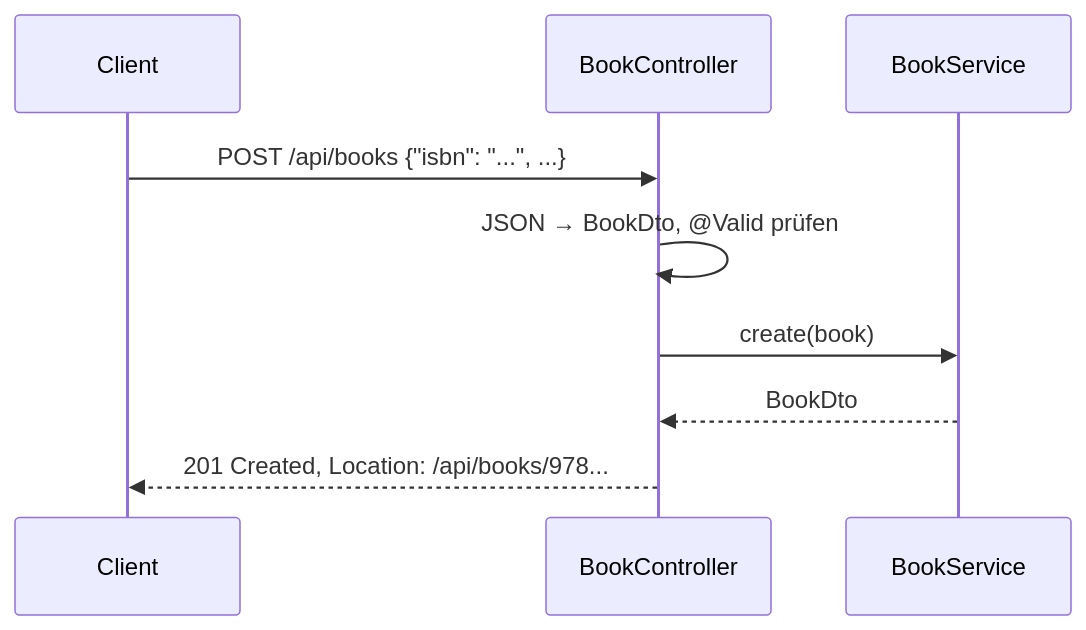
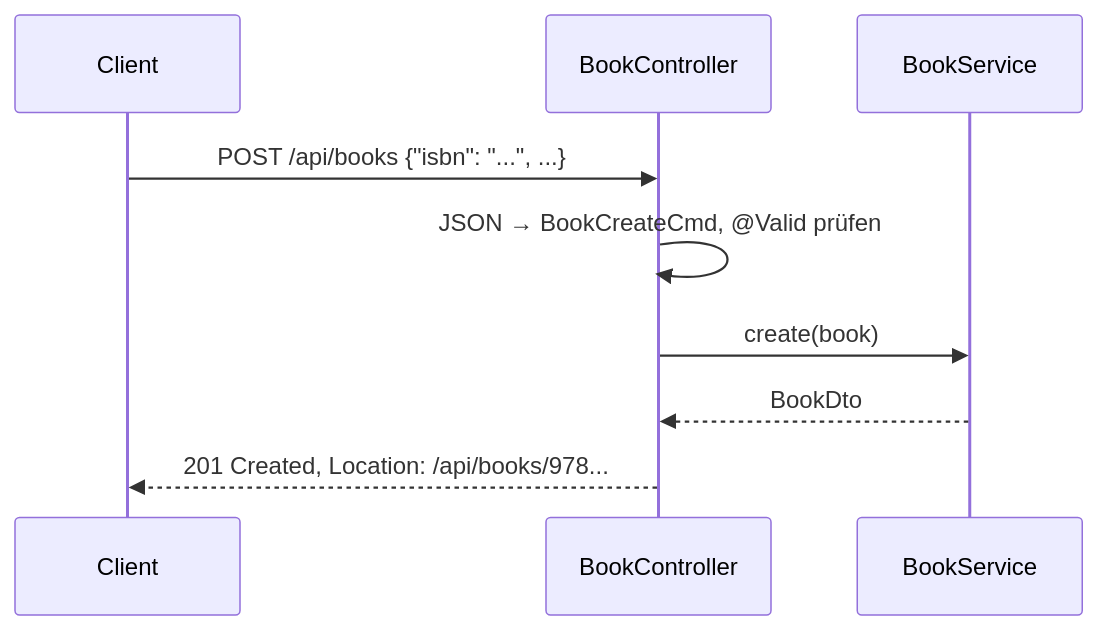
One commit to SJ2627-POS-Lernwerkstatt/SJ2627-POS-Lernwerkstatt.github.io changed the diagram in src/content/rest/01-grundlagen.md. Above: the diagram before and after it, drawn with Mermaid. The commit also changed 11 other files, not shown here.

````diff
--- a/src/content/rest/01-grundlagen.md
+++ b/src/content/rest/01-grundlagen.md
@@ -28,11 +28,11 @@
 ```mermaid
 sequenceDiagram
     participant C as Client
     participant R as BookController
     participant S as BookService
     C->>R: POST /api/books {"isbn": "...", ...}
-    R->>R: JSON → BookDto, @Valid prüfen
+    R->>R: JSON → BookCreateCmd, @Valid prüfen
     R->>S: create(book)
     S-->>R: BookDto
     R-->>C: 201 Created, Location: /api/books/978...
 ```
````
